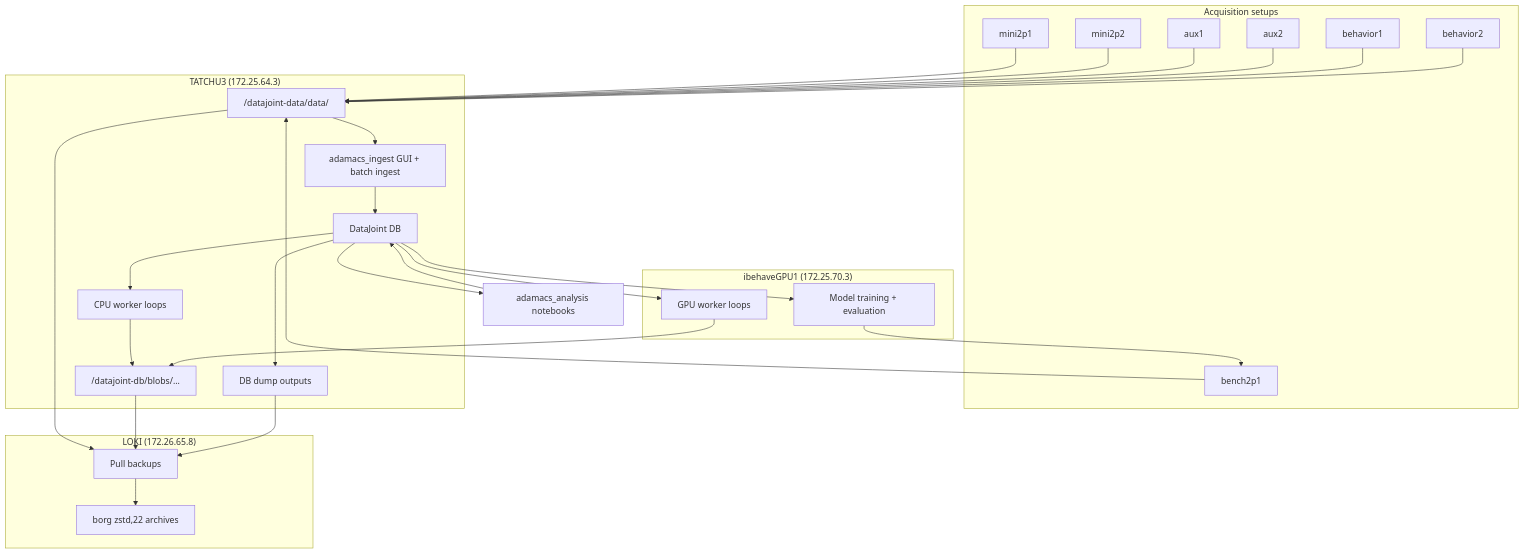
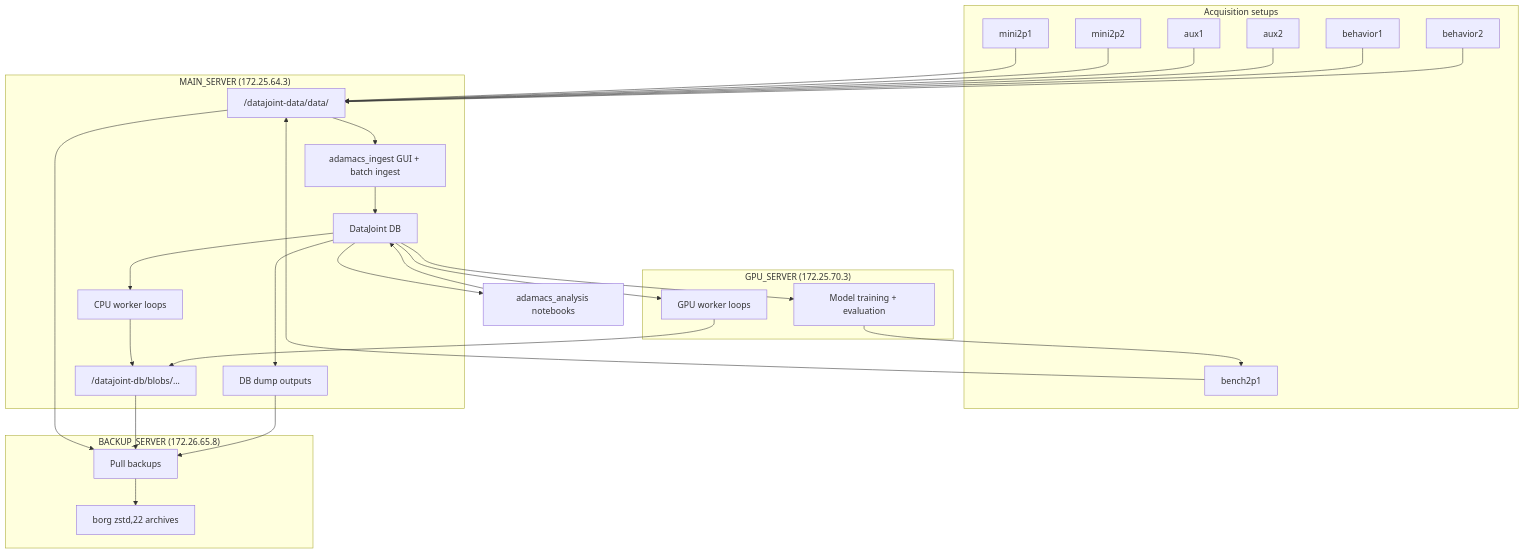
Before and after one commit to trose-neuro/adamacs_documentation: the diagram in README.md, drawn with Mermaid. The commit also changed other lines of this file and 24 other files, not shown here.

````diff
--- a/README.md
+++ b/README.md
@@ -22,57 +22,57 @@
 ```mermaid
 flowchart TB
     subgraph SETUPS["Acquisition setups"]
       M1["mini2p1"]
       M2["mini2p2"]
       B1["bench2p1"]
       A1["aux1"]
       A2["aux2"]
       H1["behavior1"]
       H2["behavior2"]
     end
 
-    subgraph TATCHU["TATCHU3 (172.25.64.3)"]
+    subgraph MAIN_SERVER["MAIN_SERVER (172.25.64.3)"]
       SHARE["/datajoint-data/data/<user>"]
       ING["adamacs_ingest GUI + batch ingest"]
       DB["DataJoint DB"]
       CPU["CPU worker loops"]
       BLOB["/datajoint-db/blobs/..."]
       DUMP["DB dump outputs"]
     end
 
-    subgraph GPU["ibehaveGPU1 (172.25.70.3)"]
+    subgraph GPU["GPU_SERVER (172.25.70.3)"]
       GPUW["GPU worker loops"]
       TRAIN["Model training + evaluation"]
     end
 
-    subgraph LOKI["LOKI (172.26.65.8)"]
+    subgraph BACKUP_SERVER["BACKUP_SERVER (172.26.65.8)"]
       RSYNC["Pull backups"]
       BORG["borg zstd,22 archives"]
     end
 
     ANA["adamacs_analysis notebooks"]
 
     M1 --> SHARE
     M2 --> SHARE
     B1 --> SHARE
     A1 --> SHARE
     A2 --> SHARE
     H1 --> SHARE
     H2 --> SHARE
 
     SHARE --> ING
     ING --> DB
     DB --> CPU
     DB --> GPUW
     CPU --> BLOB
     GPUW --> BLOB
     DB --> ANA
     ANA --> DB
     DB --> TRAIN
     TRAIN --> B1
     DB --> DUMP
     SHARE --> RSYNC
     BLOB --> RSYNC
     DUMP --> RSYNC
     RSYNC --> BORG
 ```
````
